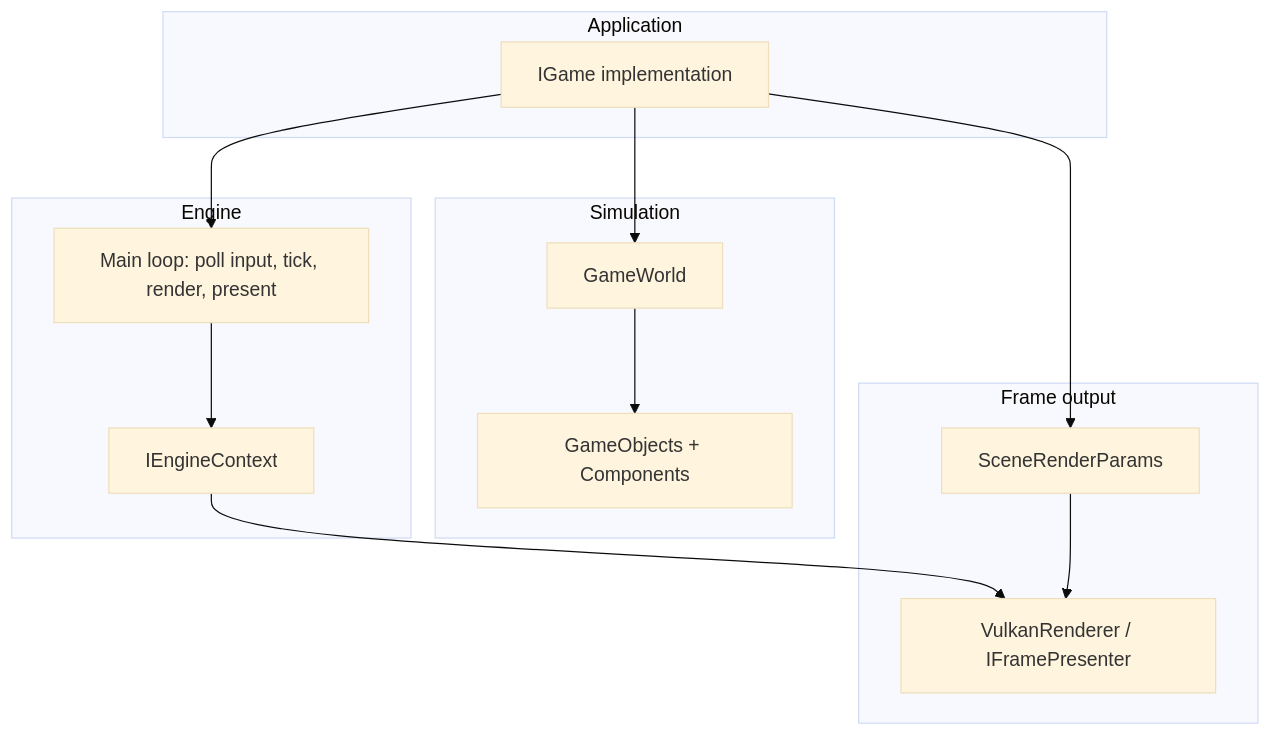
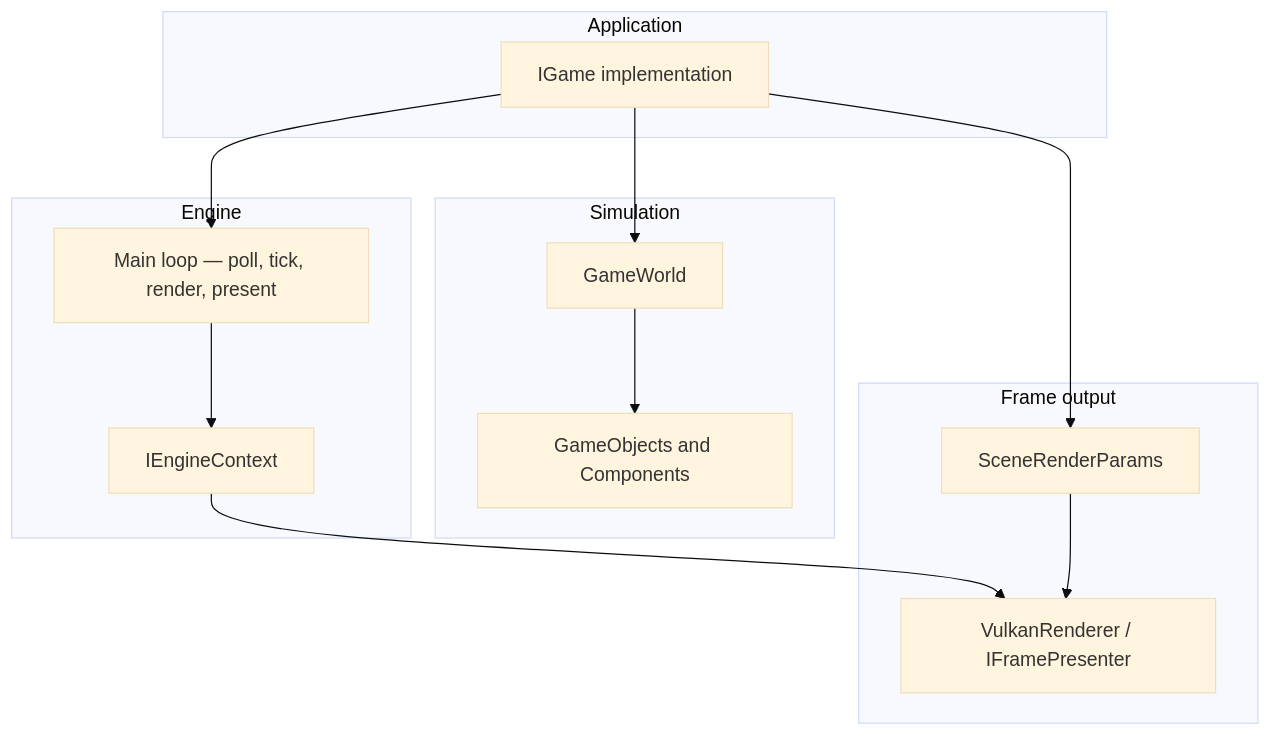
The first of 4 diagrams in docs/ARCHITECTURE_AND_DEVELOPER_GUIDE.md (hoihky/spark), drawn with Mermaid (base theme) before and after one commit. The commit also changed other lines of this file and 54 other files, not shown here.

````diff
--- a/docs/ARCHITECTURE_AND_DEVELOPER_GUIDE.md
+++ b/docs/ARCHITECTURE_AND_DEVELOPER_GUIDE.md
@@ -72,25 +72,25 @@
 ```mermaid
 flowchart TB
     subgraph app [Application]
-        IGame[IGame implementation]
+        IGame["IGame implementation"]
     end
     subgraph engine [Engine]
-        Loop[Main loop: poll input, tick, render, present]
+        Loop["Main loop — poll, tick, render, present"]
         Ctx[IEngineContext]
     end
     subgraph world [Simulation]
         GW[GameWorld]
-        GO[GameObjects + Components]
+        GO["GameObjects and Components"]
     end
     subgraph draw [Frame output]
         SRP[SceneRenderParams]
-        VK[VulkanRenderer / IFramePresenter]
+        VK["VulkanRenderer / IFramePresenter"]
     end
     IGame --> Loop
     Loop --> Ctx
     IGame --> GW
     GW --> GO
     IGame --> SRP
     Ctx --> VK
     SRP --> VK
 ```
````
